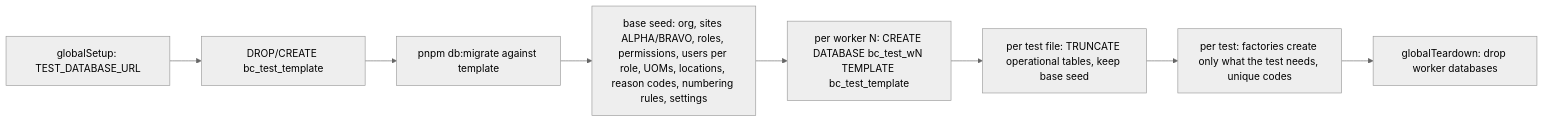
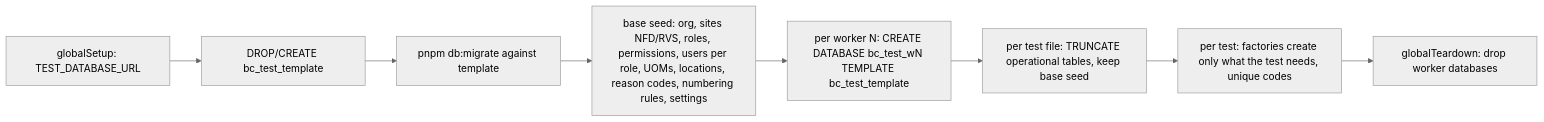
One commit to jaygglypuff/bryels-care changed the diagram in docs/testing.md. Above: the diagram before and after it, drawn with Mermaid (neutral theme). The commit also changed other lines of this file, not shown here.

````diff
--- a/docs/testing.md
+++ b/docs/testing.md
@@ -127,10 +129,10 @@
 ```mermaid
 flowchart LR
   A[globalSetup: TEST_DATABASE_URL] --> B[DROP/CREATE bc_test_template]
   B --> C[pnpm db:migrate against template]
-  C --> D[base seed: org, sites ALPHA/BRAVO, roles, permissions, users per role, UOMs, locations, reason codes, numbering rules, settings]
+  C --> D[base seed: org, sites NFD/RVS, roles, permissions, users per role, UOMs, locations, reason codes, numbering rules, settings]
   D --> E[per worker N: CREATE DATABASE bc_test_wN TEMPLATE bc_test_template]
   E --> F[per test file: TRUNCATE operational tables, keep base seed]
   F --> G[per test: factories create only what the test needs, unique codes]
   G --> H[globalTeardown: drop worker databases]
 ```
````
